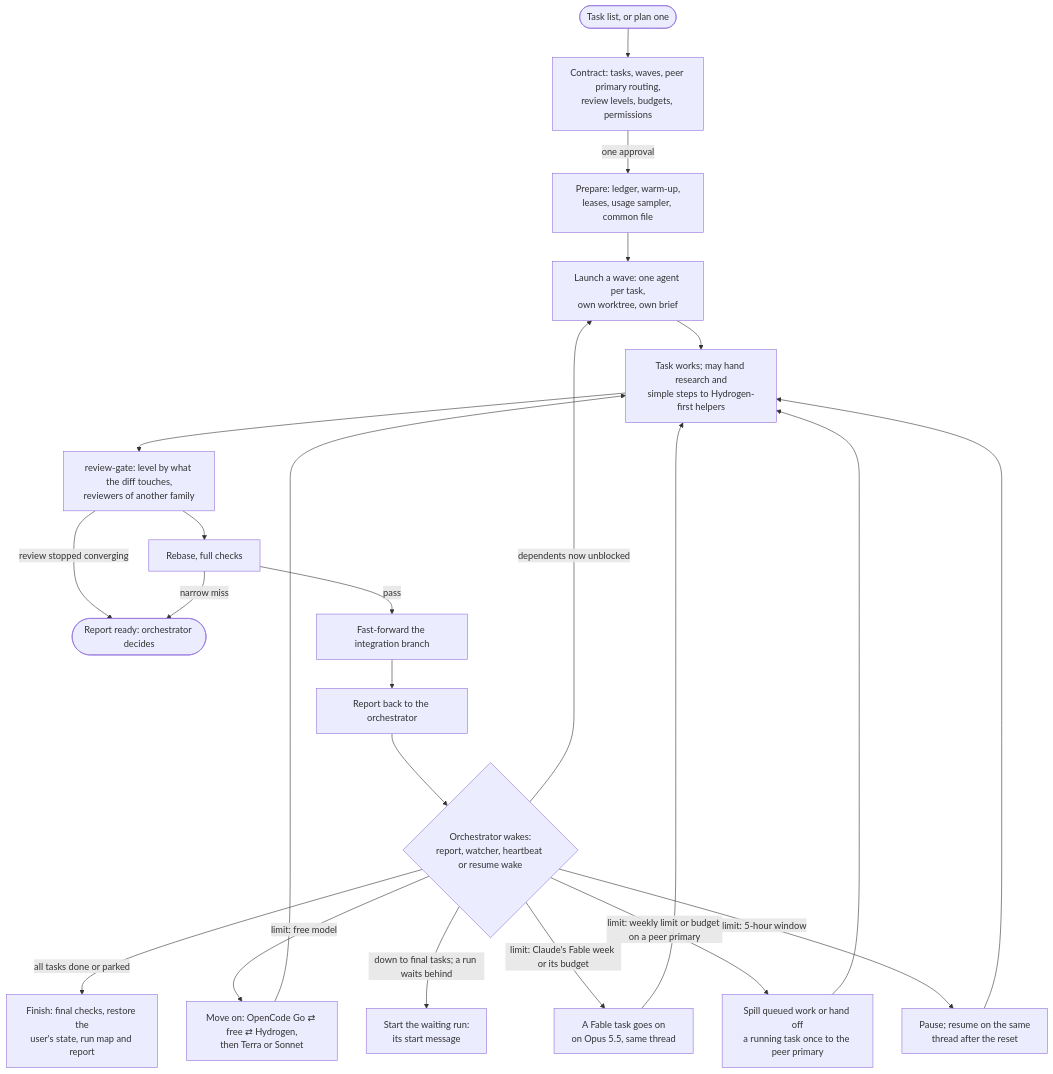
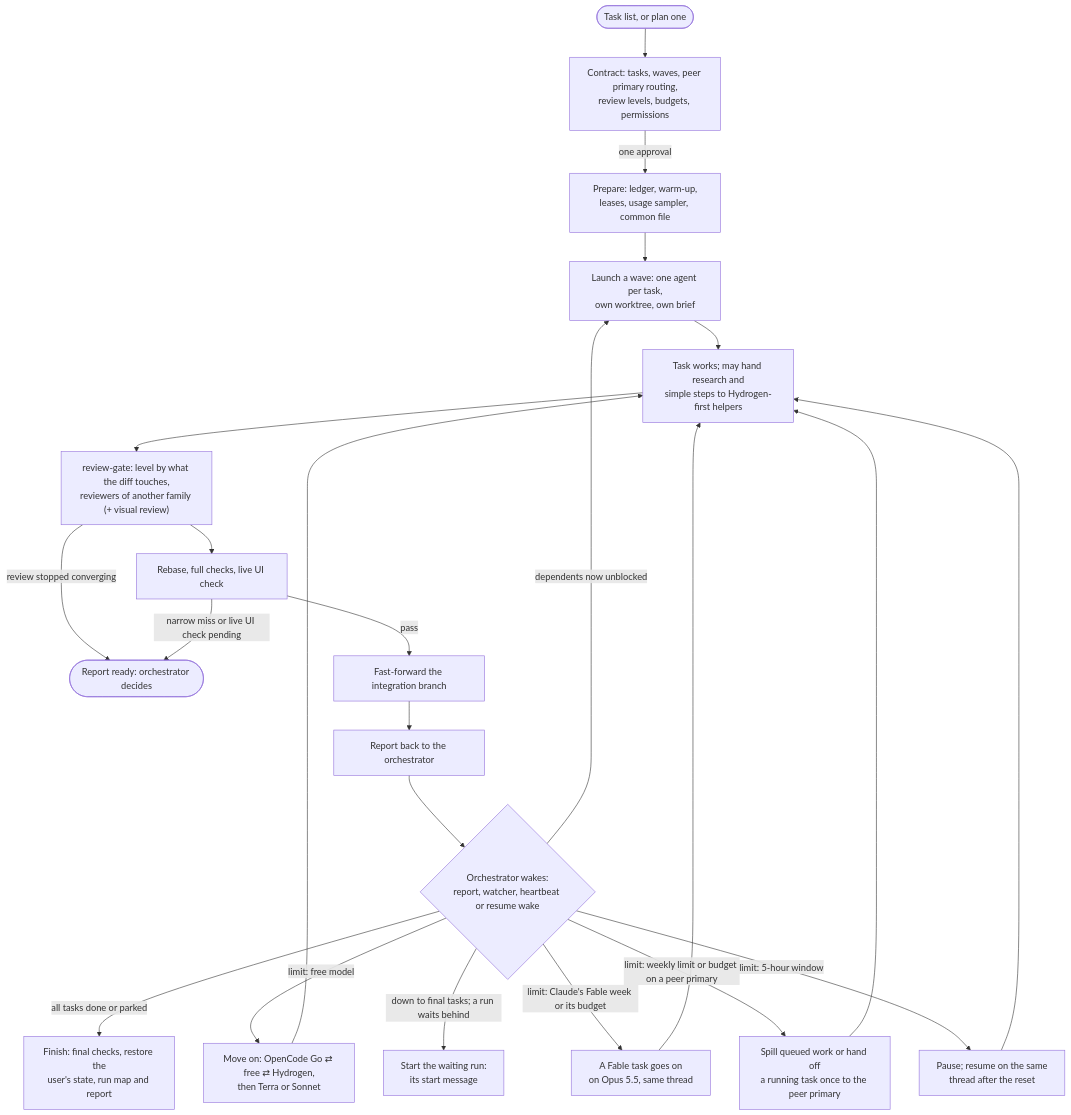
The diagram in docs/skills/long-horizon-orchestrator/README.md (kristianbonnici/agent-skills), drawn with Mermaid before and after one commit. The commit also changed 19 other files, not shown here.

First line of the commit message:
long-horizon-orchestrator 5.21.0 and review-gate 8.8.0: live UI check gate and visual review

````diff
--- a/docs/skills/long-horizon-orchestrator/README.md
+++ b/docs/skills/long-horizon-orchestrator/README.md
@@ -9,25 +9,25 @@
 ```mermaid
 flowchart TD
   plan([Task list, or plan one]) --> contract["Contract: tasks, waves, peer primary routing,<br/>review levels, budgets, permissions"]
   contract -->|one approval| prep["Prepare: ledger, warm-up,<br/>leases, usage sampler, common file"]
   prep --> launch["Launch a wave: one agent per task,<br/>own worktree, own brief"]
   launch --> work["Task works; may hand research and<br/>simple steps to Hydrogen-first helpers"]
-  work --> gate["review-gate: level by what the diff touches,<br/>reviewers of another family"]
+  work --> gate["review-gate: level by what the diff touches,<br/>reviewers of another family (+ visual review)"]
   gate -->|review stopped converging| ready([Report ready: orchestrator decides])
-  gate --> checks["Rebase, full checks"]
+  gate --> checks["Rebase, full checks, live UI check"]
   checks -->|pass| merge["Fast-forward the integration branch"]
-  checks -->|narrow miss| ready
+  checks -->|"narrow miss or live UI check pending"| ready
   merge --> report["Report back to the orchestrator"]
   report --> wake{"Orchestrator wakes:<br/>report, watcher, heartbeat or resume wake"}
   wake -->|dependents now unblocked| launch
   wake -->|"limit: 5-hour window"| pause["Pause; resume on the same<br/>thread after the reset"]
   pause --> work
   wake -->|"limit: weekly limit or budget on a peer primary"| spillover["Spill queued work or hand off<br/>a running task once to the peer primary"]
   spillover --> work
   wake -->|"limit: Claude's Fable week or its budget"| opus["A Fable task goes on<br/>on Opus 5.5, same thread"]
   opus --> work
   wake -->|"limit: free model"| move["Move on: OpenCode Go ⇄ free ⇄ Hydrogen,<br/>then Terra or Sonnet"]
   move --> work
   wake -->|"down to final tasks; a run waits behind"| nextrun["Start the waiting run:<br/>its start message"]
   wake -->|all tasks done or parked| finish["Finish: final checks, restore the<br/>user's state, run map and report"]
 ```
````
